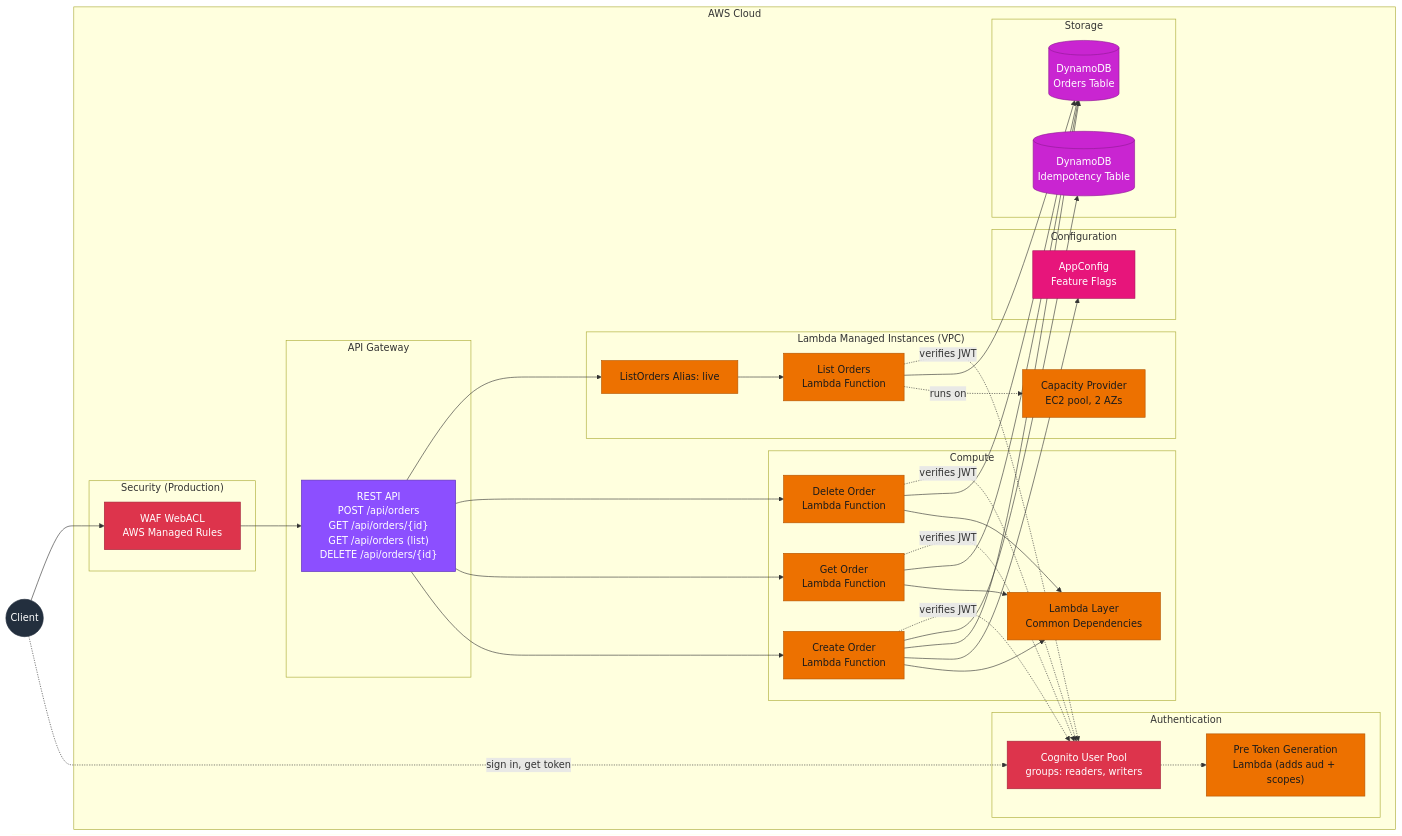
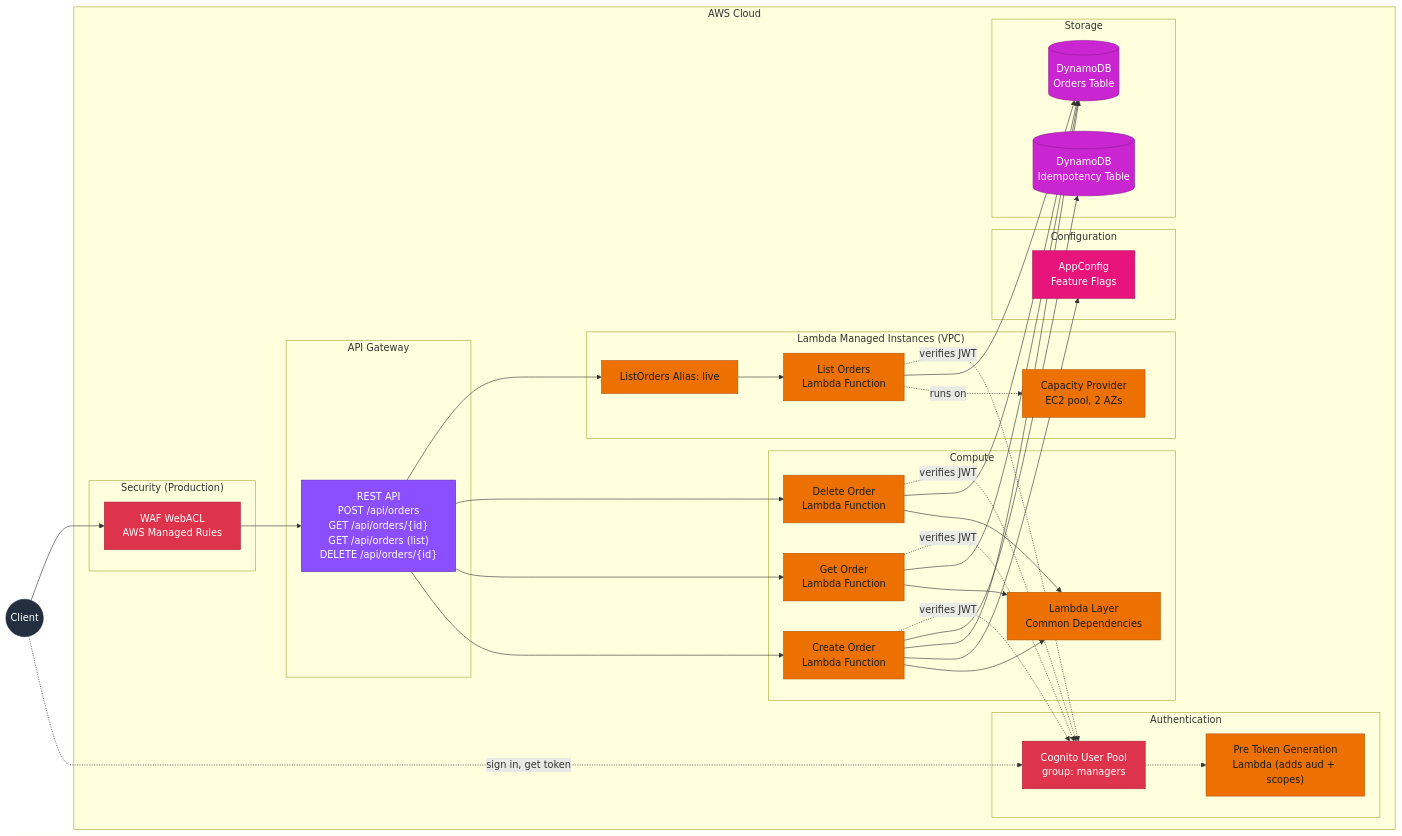
The first of 2 diagrams in README.md (ran-isenberg/aws-lambda-handler-cookbook), drawn with Mermaid before and after one commit. The commit also changed other lines of this file and 30 other files, not shown here.

First line of the commit message:
feature: any signed in user can create orders, only managers can delete

````diff
--- a/README.md
+++ b/README.md
@@ -92,76 +92,76 @@
 ```mermaid
 flowchart LR
     subgraph AWS["AWS Cloud"]
         subgraph APIGW["API Gateway"]
             REST["REST API<br/>POST /api/orders<br/>GET /api/orders/{id}<br/>GET /api/orders (list)<br/>DELETE /api/orders/{id}"]
         end
 
         subgraph Security["Security (Production)"]
             WAF["WAF WebACL<br/>AWS Managed Rules"]
         end
 
         subgraph Compute["Compute"]
             CREATE["Create Order<br/>Lambda Function"]
             GET["Get Order<br/>Lambda Function"]
             DELETE["Delete Order<br/>Lambda Function"]
             LAYER["Lambda Layer<br/>Common Dependencies"]
         end
 
         subgraph LMI["Lambda Managed Instances (VPC)"]
             LIST_ALIAS["ListOrders Alias: live"]
             LIST["List Orders<br/>Lambda Function"]
             CP["Capacity Provider<br/>EC2 pool, 2 AZs"]
         end
 
         subgraph Auth["Authentication"]
-            COGNITO["Cognito User Pool<br/>groups: readers, writers"]
+            COGNITO["Cognito User Pool<br/>group: managers"]
             PRETOKEN["Pre Token Generation<br/>Lambda (adds aud + scopes)"]
         end
 
         subgraph Config["Configuration"]
             APPCONFIG["AppConfig<br/>Feature Flags"]
         end
 
         subgraph Storage["Storage"]
             DDB[("DynamoDB<br/>Orders Table")]
             IDEMPOTENCY[("DynamoDB<br/>Idempotency Table")]
         end
     end
 
     CLIENT((Client)) -.sign in, get token.-> COGNITO
     COGNITO -.-> PRETOKEN
     CLIENT --> WAF
     WAF --> REST
     REST --> CREATE
     REST --> GET
     REST --> DELETE
     REST --> LIST_ALIAS
     LIST_ALIAS --> LIST
     LIST -.runs on.-> CP
     CREATE --> LAYER
     GET --> LAYER
     DELETE --> LAYER
     CREATE --> APPCONFIG
     CREATE --> DDB
     CREATE --> IDEMPOTENCY
     GET --> DDB
     DELETE --> DDB
     LIST --> DDB
     CREATE -.verifies JWT.-> COGNITO
     GET -.verifies JWT.-> COGNITO
     DELETE -.verifies JWT.-> COGNITO
     LIST -.verifies JWT.-> COGNITO
 
     classDef client fill:#232F3E,stroke:#232F3E,color:#fff
     classDef network fill:#8C4FFF,stroke:#5A30B5,color:#fff
     classDef security fill:#DD344C,stroke:#A3233A,color:#fff
     classDef compute fill:#ED7100,stroke:#B35500,color:#1b1b1b
     classDef database fill:#C925D1,stroke:#8F1A95,color:#fff
     classDef management fill:#E7157B,stroke:#A50F58,color:#fff
     class CLIENT client
     class WAF,COGNITO security
     class REST network
     class CREATE,GET,DELETE,LAYER,LIST,LIST_ALIAS,CP,PRETOKEN compute
     class DDB,IDEMPOTENCY database
     class APPCONFIG management
 ```
````
